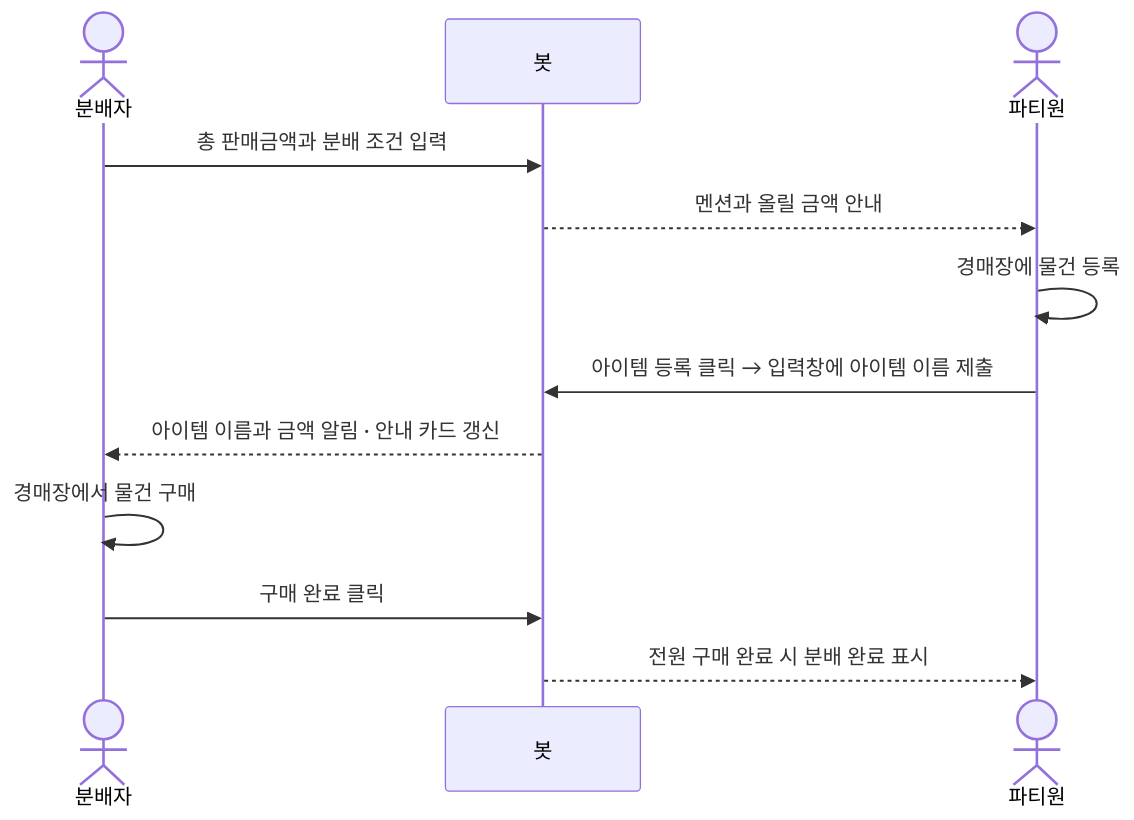
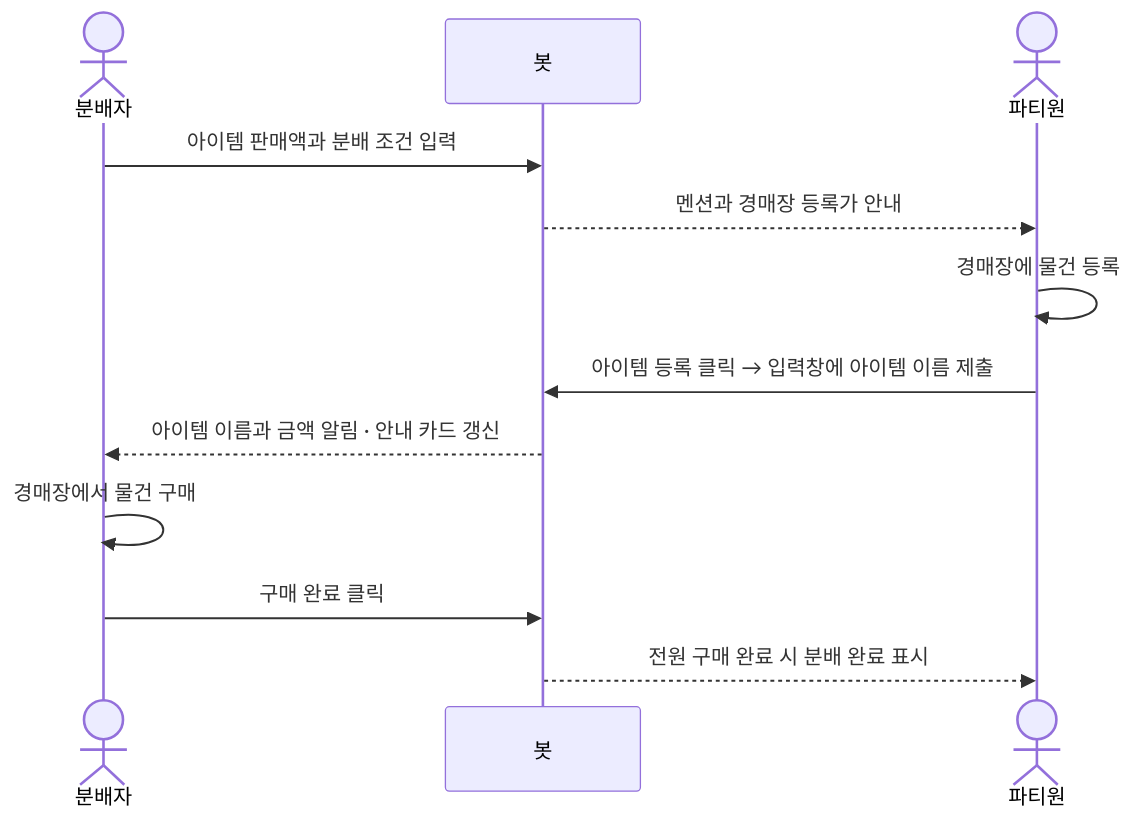
Before and after one commit to JinDevLab/ricemonkey-bot: the diagram in README.md, drawn with Mermaid. The commit also changed other lines of this file and 7 other files, not shown here.

````diff
--- a/README.md
+++ b/README.md
@@ -68,14 +68,14 @@
 ```mermaid
 sequenceDiagram
     actor Distributor as 분배자
     participant Bot as 봇
     actor Member as 파티원
-    Distributor->>Bot: 총 판매금액과 분배 조건 입력
-    Bot-->>Member: 멘션과 올릴 금액 안내
+    Distributor->>Bot: 아이템 판매액과 분배 조건 입력
+    Bot-->>Member: 멘션과 경매장 등록가 안내
     Member->>Member: 경매장에 물건 등록
     Member->>Bot: 아이템 등록 클릭 → 입력창에 아이템 이름 제출
     Bot-->>Distributor: 아이템 이름과 금액 알림 · 안내 카드 갱신
     Distributor->>Distributor: 경매장에서 물건 구매
     Distributor->>Bot: 구매 완료 클릭
     Bot-->>Member: 전원 구매 완료 시 분배 완료 표시
 ```
````
